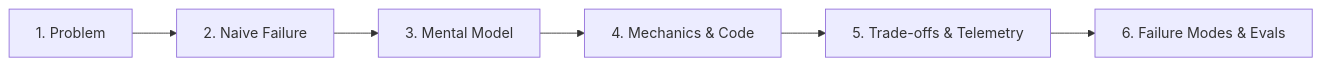
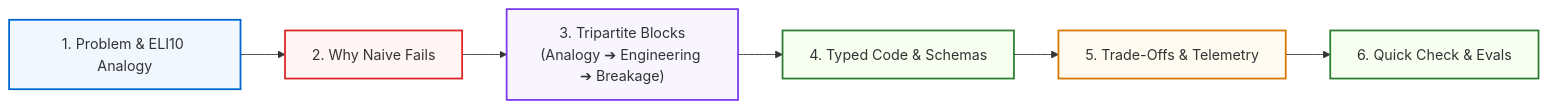
Before and after one commit to dip4k/senior-engineer-to-ai-engineer-roadmap: the diagram in .agents/skills/ai-curriculum-refactoring/SKILL.md, drawn with Mermaid. The commit also changed other lines of this file and 7 other files, not shown here.

Commit message:
feat(curriculum): integrate beginner-friendly pedagogy and modern diagram UI styling

````diff
--- a/.agents/skills/ai-curriculum-refactoring/SKILL.md
+++ b/.agents/skills/ai-curriculum-refactoring/SKILL.md
@@ -52,8 +55,15 @@
 ```mermaid
 flowchart LR
-    Prob["1. Problem"] --> Naive["2. Naive Failure"]
-    Naive --> Mental["3. Mental Model"]
-    Mental --> Mech["4. Mechanics & Code"]
-    Mech --> Trade["5. Trade-offs & Telemetry"]
-    Trade --> Fail["6. Failure Modes & Evals"]
+    Prob["1. Problem & ELI10 Analogy"] --> Naive["2. Why Naive Fails"]
+    Naive --> Tripartite["3. Tripartite Blocks<br>(Analogy ➔ Engineering ➔ Breakage)"]
+    Tripartite --> Code["4. Typed Code & Schemas"]
+    Code --> Trade["5. Trade-Offs & Telemetry"]
+    Trade --> Check["6. Quick Check & Evals"]
+
+    style Prob fill:#f0f7ff,stroke:#0066cc,stroke-width:2px
+    style Naive fill:#fff5f5,stroke:#dc2626,stroke-width:2px
+    style Tripartite fill:#f8f5ff,stroke:#7c3aed,stroke-width:2px
+    style Code fill:#f6fff0,stroke:#2e7d32,stroke-width:2px
+    style Trade fill:#fffbf0,stroke:#d97706,stroke-width:2px
+    style Check fill:#f6fff0,stroke:#2e7d32,stroke-width:2px
 ```
````
